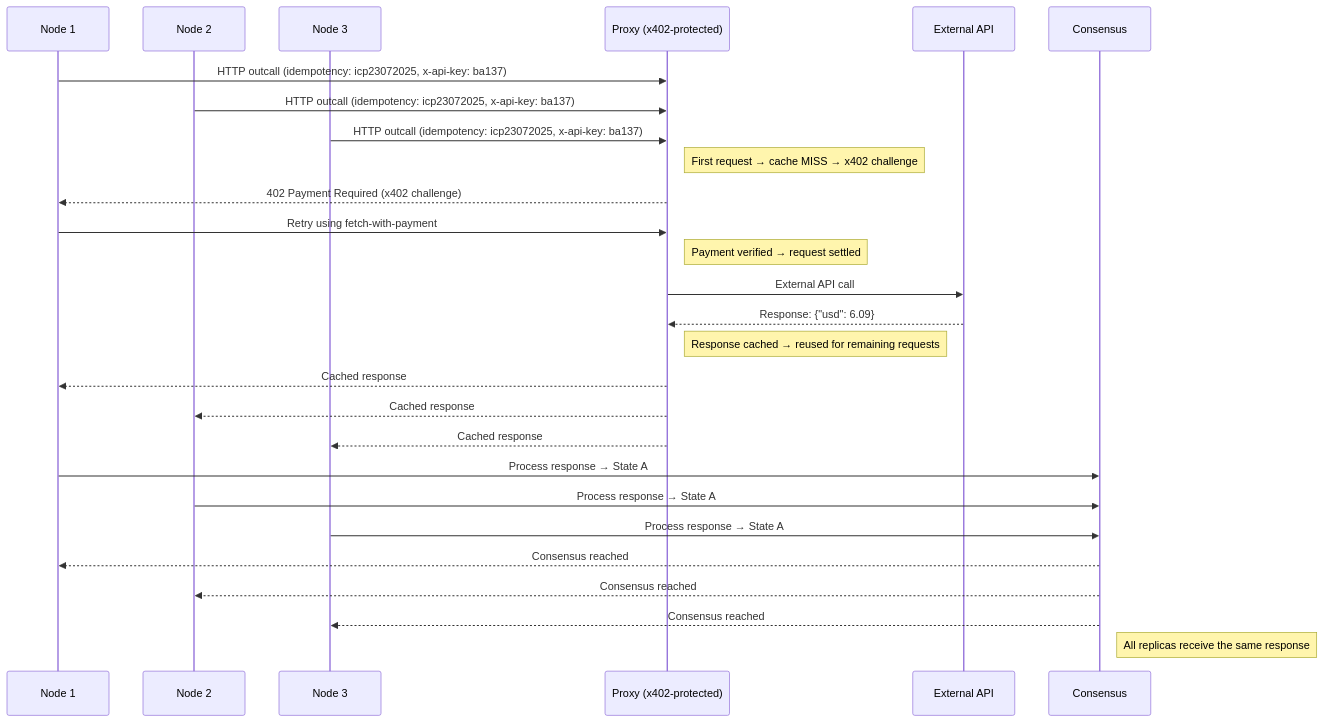
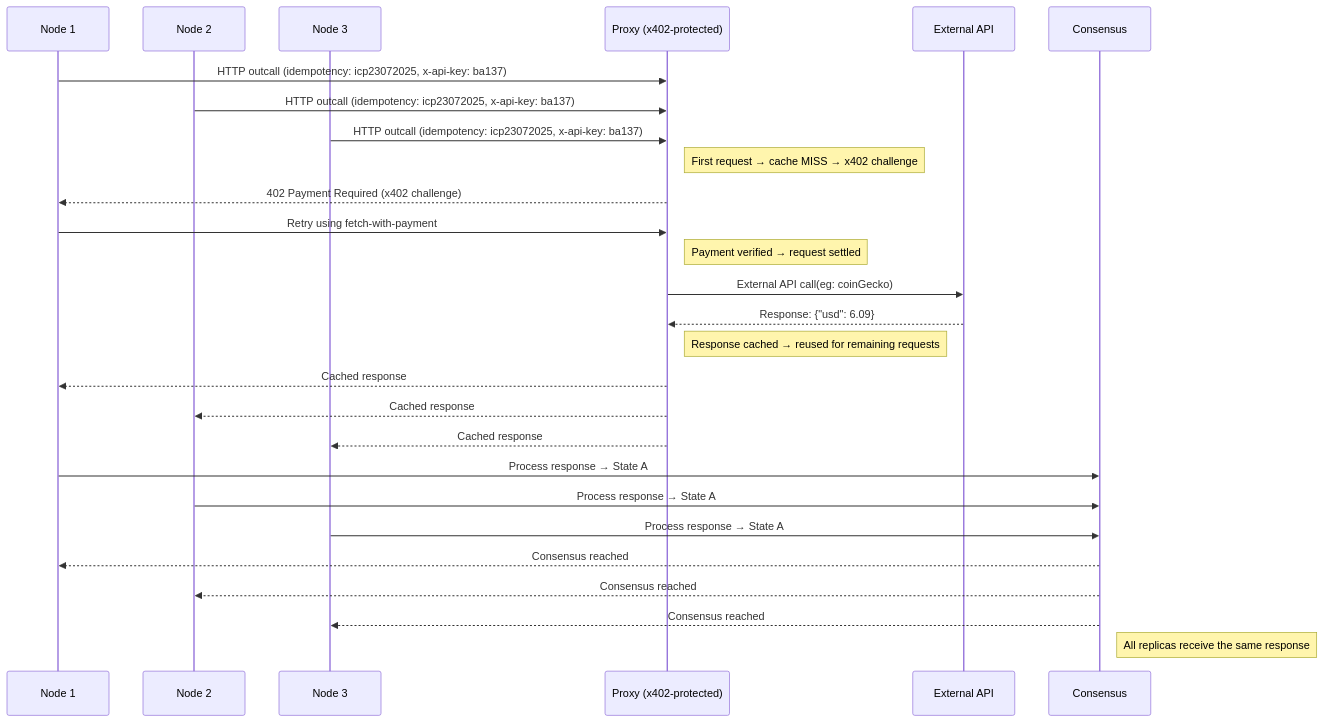
The diagram in README.md (Demali-876/consensus), drawn with Mermaid before and after one commit.

Commit message:
minor change

````diff
--- a/README.md
+++ b/README.md
@@ -73,39 +73,39 @@
 ```mermaid
 sequenceDiagram
     participant R1 as Node 1
     participant R2 as Node 2
     participant R3 as Node 3
     participant P as Proxy (x402-protected)
     participant API as External API
     participant C as Consensus
 
     R1->>P: HTTP outcall (idempotency: icp23072025, x-api-key: ba137)
     R2->>P: HTTP outcall (idempotency: icp23072025, x-api-key: ba137)
     R3->>P: HTTP outcall (idempotency: icp23072025, x-api-key: ba137)
 
     Note right of P: First request → cache MISS → x402 challenge
 
     P-->>R1: 402 Payment Required (x402 challenge)
     R1->>P: Retry using fetch-with-payment
 
     Note right of P: Payment verified → request settled
 
-    P->>API: External API call
+    P->>API: External API call(eg: coinGecko)
     API-->>P: Response: {"usd": 6.09}
 
     Note right of P: Response cached → reused for remaining requests
 
     P-->>R1: Cached response
     P-->>R2: Cached response
     P-->>R3: Cached response
 
     R1->>C: Process response → State A
     R2->>C: Process response → State A
     R3->>C: Process response → State A
 
     C-->>R1: Consensus reached
     C-->>R2: Consensus reached
     C-->>R3: Consensus reached
 
     Note right of C: All replicas receive the same response
 ```
````
